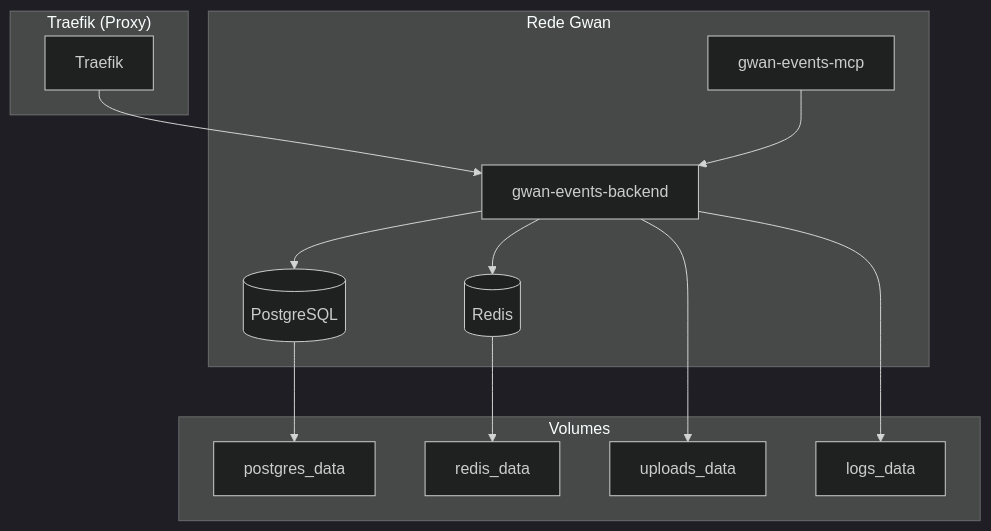
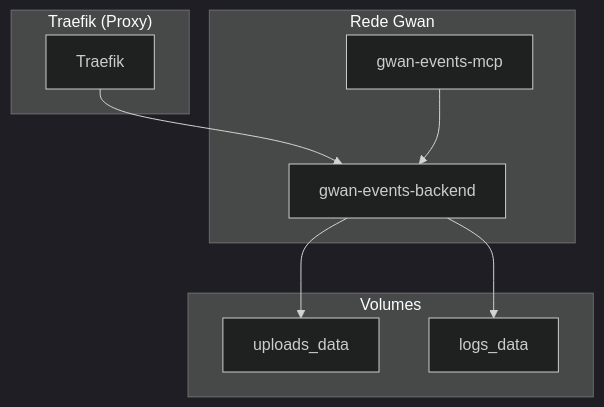
One commit to rastamansp/gwan-imoveis-backend changed the diagram in docs/deployment/docker.md. Above: the diagram before and after it, drawn with Mermaid (dark theme). The commit also changed other lines of this file and 5 other files, not shown here.

First line of the commit message:
feat: remover PostgreSQL e Redis dos arquivos Docker

````diff
--- a/docs/deployment/docker.md
+++ b/docs/deployment/docker.md
@@ -20,30 +20,22 @@
 ```mermaid
 graph TB
     subgraph "Rede Gwan"
         APP[gwan-events-backend]
-        DB[(PostgreSQL)]
-        REDIS[(Redis)]
         MCP[gwan-events-mcp]
     end
     
     subgraph "Traefik (Proxy)"
         TRAEFIK[Traefik]
     end
     
     subgraph "Volumes"
-        POSTGRES_DATA[postgres_data]
-        REDIS_DATA[redis_data]
         UPLOADS_DATA[uploads_data]
         LOGS_DATA[logs_data]
     end
     
     TRAEFIK --> APP
-    APP --> DB
-    APP --> REDIS
     MCP --> APP
     
-    DB --> POSTGRES_DATA
-    REDIS --> REDIS_DATA
     APP --> UPLOADS_DATA
     APP --> LOGS_DATA
 ```
````
